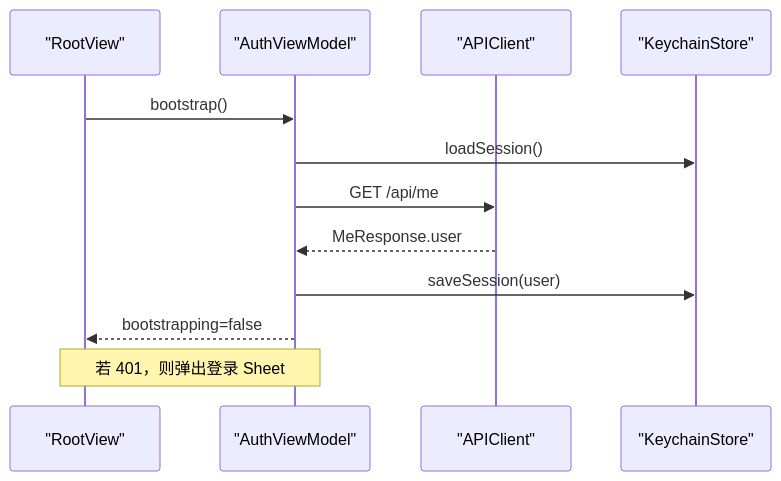
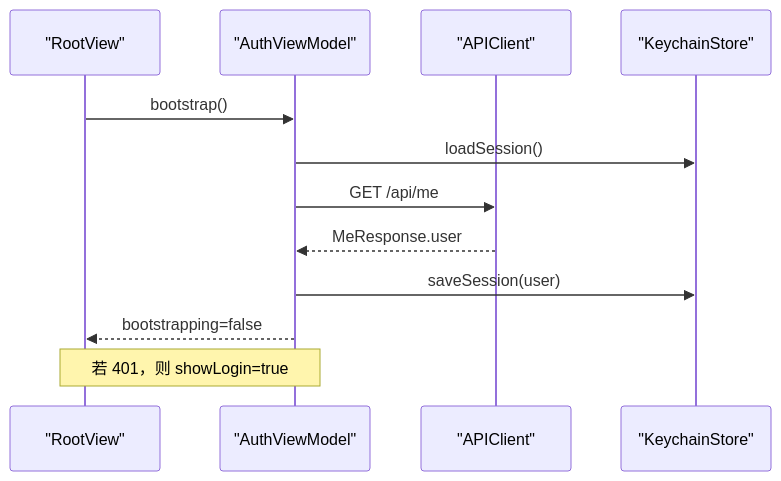
One commit to javaandnet/ainovel changed the sixth of 11 diagrams in .qoder/repowiki/zh/content/系统架构设计/前端架构设计/iOS 应用架构.md. Above: the diagram before and after it, drawn with Mermaid. The commit also changed other lines of this file and 89 other files, not shown here.

````diff
--- a/.qoder/repowiki/zh/content/系统架构设计/前端架构设计/iOS 应用架构.md
+++ b/.qoder/repowiki/zh/content/系统架构设计/前端架构设计/iOS 应用架构.md
@@ -284,14 +371,14 @@
 ```mermaid
 sequenceDiagram
 participant Root as "RootView"
 participant Auth as "AuthViewModel"
 participant API as "APIClient"
 participant KC as "KeychainStore"
 Root->>Auth : bootstrap()
 Auth->>KC : loadSession()
 Auth->>API : GET /api/me
 API-->>Auth : MeResponse.user
 Auth->>KC : saveSession(user)
 Auth-->>Root : bootstrapping=false
-Note over Root,Auth : 若 401，则弹出登录 Sheet
+Note over Root,Auth : 若 401，则 showLogin=true
 ```
````
